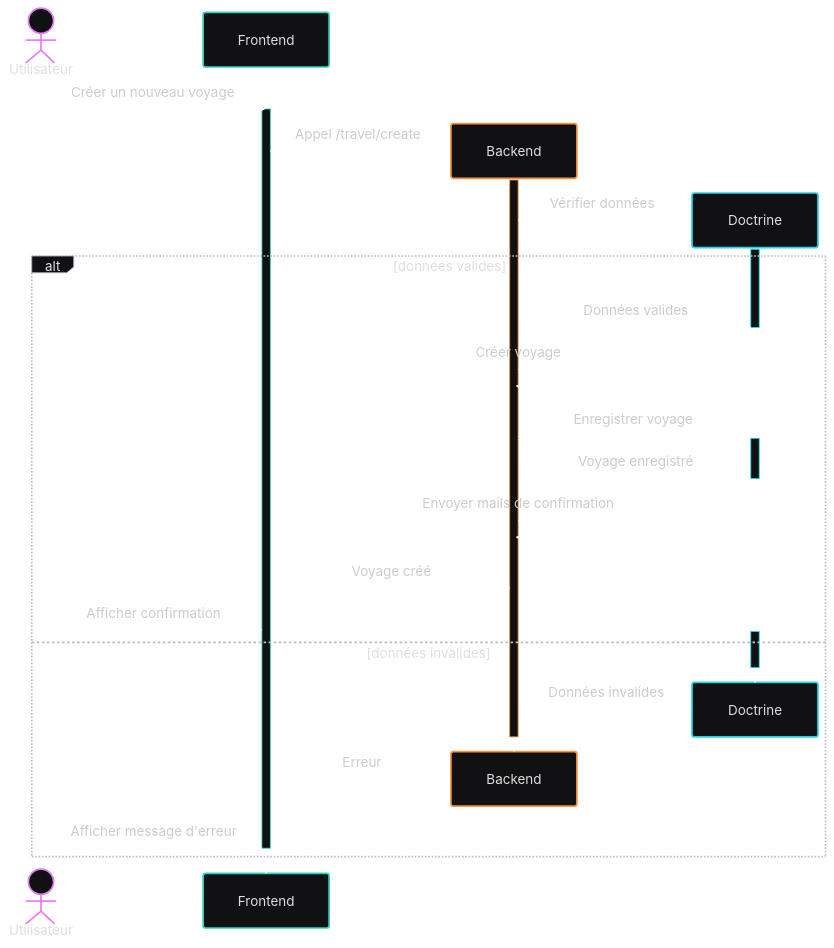
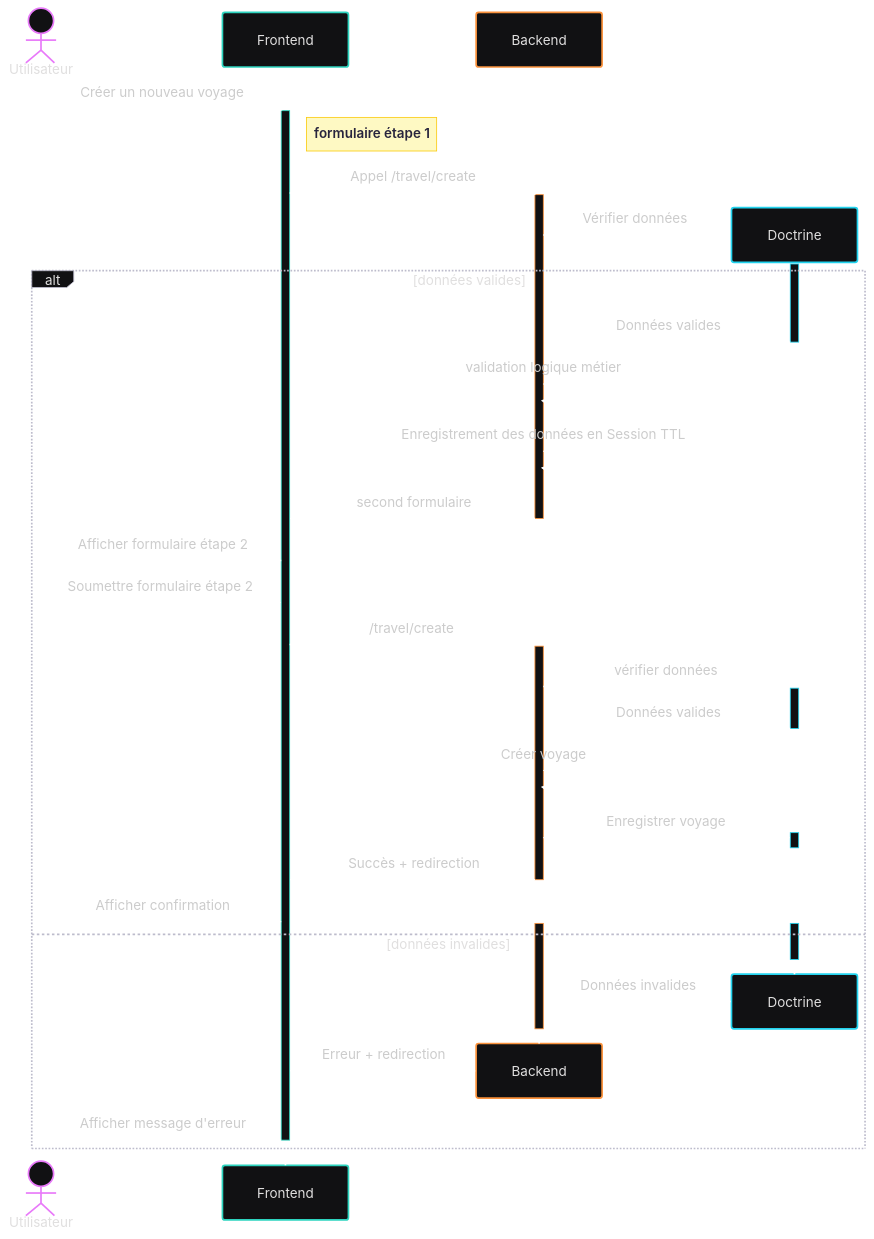
One commit to Anarchick/EcoRide changed the diagram in diagrams/sequences/createTravel.mmd. Above: the diagram before and after it, drawn with Mermaid. The commit also changed 1 other file, not shown here.

Commit message:
update sequences diagrams

```diff
--- a/diagrams/sequences/createTravel.mmd
+++ b/diagrams/sequences/createTravel.mmd
@@ -1,32 +1,44 @@
 %%{init: {"theme": "redux-dark-color"}}%%
 sequenceDiagram
 actor U as Utilisateur
 participant F as Frontend
 
 U ->> F: Créer un nouveau voyage
 activate F
 create participant B as Backend
+Note right of F: formulaire étape 1
 F ->> B: Appel /travel/create
 activate B
 create participant D as Doctrine
 B ->> D: Vérifier données
 activate D
 alt données valides
     D -->>- B: Données valides
+    B ->> B: validation logique métier
+    B ->> B: Enregistrement des données en Session TTL
+    B -->> F: second formulaire
+    deactivate B
+    F -->> U: Afficher formulaire étape 2
+    U ->> F: Soumettre formulaire étape 2
+    F ->>+ B: /travel/create
+    B ->>+ D: vérifier données
+    D -->>- B: Données valides
     B ->> B: Créer voyage
     B ->>+ D: Enregistrer voyage
-    D -->>- B: Voyage enregistré
-    B ->> B: Envoyer mails de confirmation
-    B -->> F: Voyage créé
+    deactivate D
+    %% D -->>- B: Voyage enregistré
+    %% B ->> B: Envoyer mails de confirmation
+    B -->>- F: Succès + redirection
     F -->> U: Afficher confirmation
 activate D
+activate B
 else données invalides
     deactivate D
     destroy D
     D -->> B: Données invalides
     deactivate B
     destroy B
-    B -->> F: Erreur
+    B -->> F: Erreur + redirection
     F -->> U: Afficher message d'erreur
     deactivate F
 end
```
